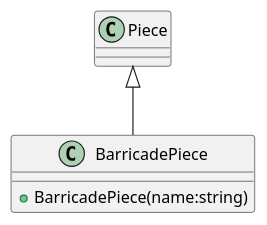
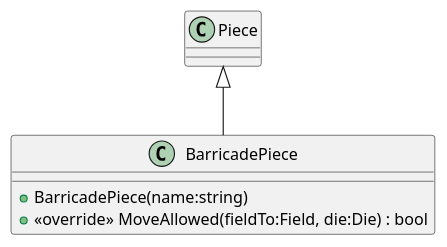
One commit to Evert-Arends/barricadegameModel3 changed the diagram in Barricade/Models/BarricadePiece.puml. Above: the diagram before and after it, drawn with PlantUML. The commit also changed 21 other files, not shown here.

```diff
--- a/Barricade/Models/BarricadePiece.puml
+++ b/Barricade/Models/BarricadePiece.puml
@@ -1,6 +1,7 @@
 @startuml
 class BarricadePiece {
     + BarricadePiece(name:string)
+    + <<override>> MoveAllowed(fieldTo:Field, die:Die) : bool
 }
 Piece <|-- BarricadePiece
 @enduml
```
